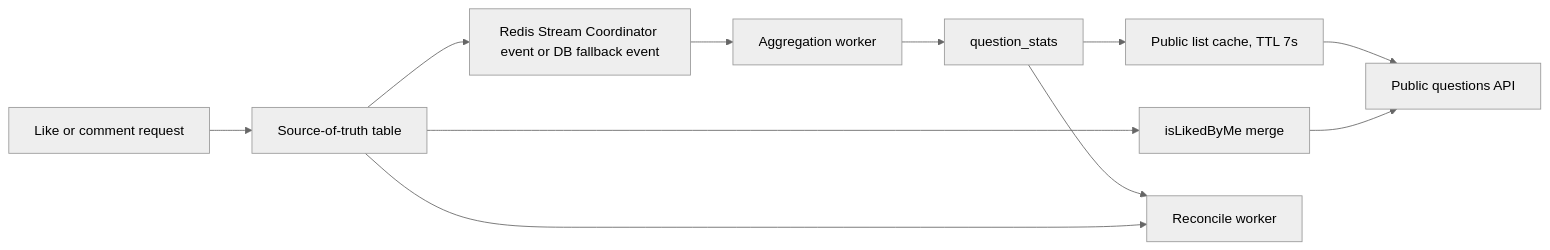
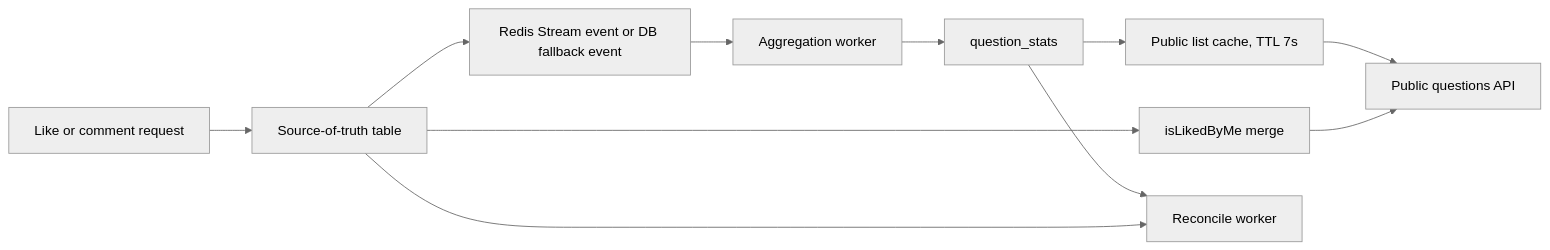
The diagram in docs/REACTION_AGGREGATION.md (ghkdqhrbals/buddy-studdy), drawn with Mermaid (neutral theme) before and after one commit. The commit also changed other lines of this file and 9 other files, not shown here.

Commit message:
Retire Redis stream coordinator deployment references

````diff
--- a/docs/REACTION_AGGREGATION.md
+++ b/docs/REACTION_AGGREGATION.md
@@ -28,13 +28,13 @@
 ```mermaid
 flowchart LR
   A["Like or comment request"] --> B["Source-of-truth table"]
-  B --> C["Redis Stream Coordinator event or DB fallback event"]
+  B --> C["Redis Stream event or DB fallback event"]
   C --> D["Aggregation worker"]
   D --> E["question_stats"]
   E --> F["Public list cache, TTL 7s"]
   F --> G["Public questions API"]
   B --> H["isLikedByMe merge"]
   H --> G
   E --> I["Reconcile worker"]
   B --> I
 ```
````
